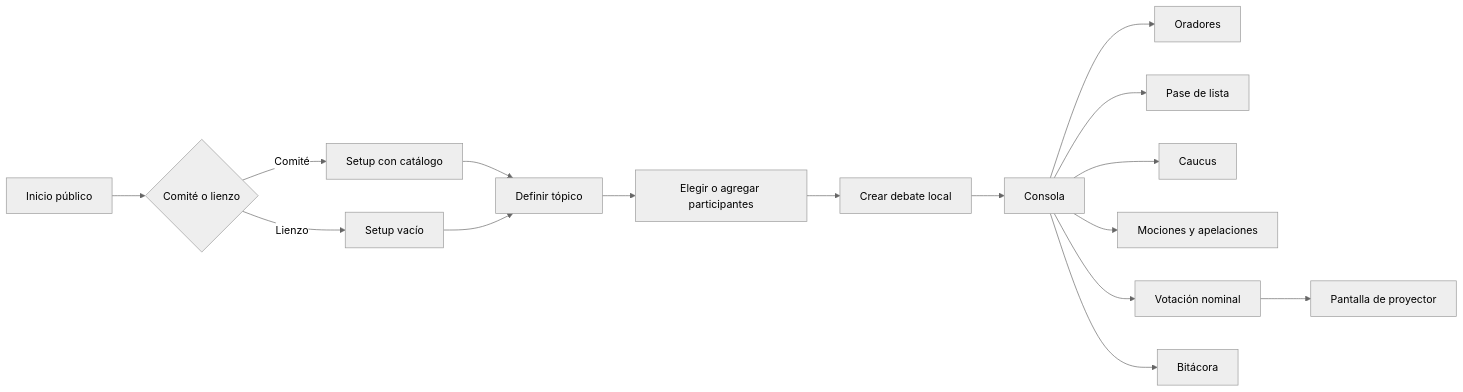
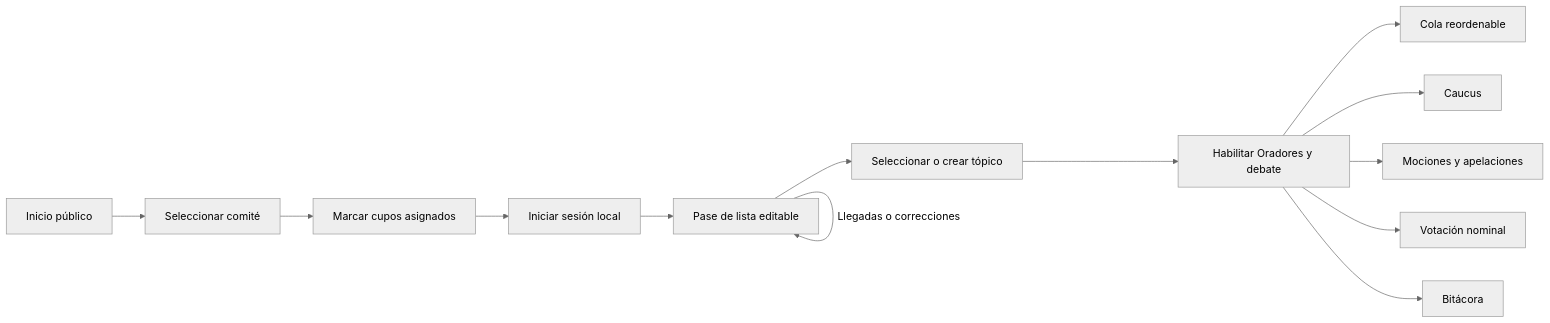
The diagram in docs/plan-implementacion.md (ozycepeda/moderador-itammun), drawn with Mermaid (neutral theme) before and after one commit. The commit also changed other lines of this file, not shown here.

````diff
--- a/docs/plan-implementacion.md
+++ b/docs/plan-implementacion.md
@@ -27,18 +42,15 @@
 ```mermaid
 flowchart LR
-  A["Inicio público"] --> B{"Comité o lienzo"}
-  B -->|"Comité"| C["Setup con catálogo"]
-  B -->|"Lienzo"| D["Setup vacío"]
-  C --> E["Definir tópico"]
-  D --> E
-  E --> F["Elegir o agregar participantes"]
-  F --> G["Crear debate local"]
-  G --> H["Consola"]
-  H --> I["Oradores"]
-  H --> J["Pase de lista"]
-  H --> K["Caucus"]
-  H --> L["Mociones y apelaciones"]
-  H --> M["Votación nominal"]
-  M --> N["Pantalla de proyector"]
-  H --> O["Bitácora"]
+  A["Inicio público"] --> B["Seleccionar comité"]
+  B --> C["Marcar cupos asignados"]
+  C --> D["Iniciar sesión local"]
+  D --> E["Pase de lista editable"]
+  E --> F["Seleccionar o crear tópico"]
+  F --> G["Habilitar Oradores y debate"]
+  G --> H["Cola reordenable"]
+  G --> I["Caucus"]
+  G --> J["Mociones y apelaciones"]
+  G --> K["Votación nominal"]
+  G --> L["Bitácora"]
+  E -->|"Llegadas o correcciones"| E
 ```
````
